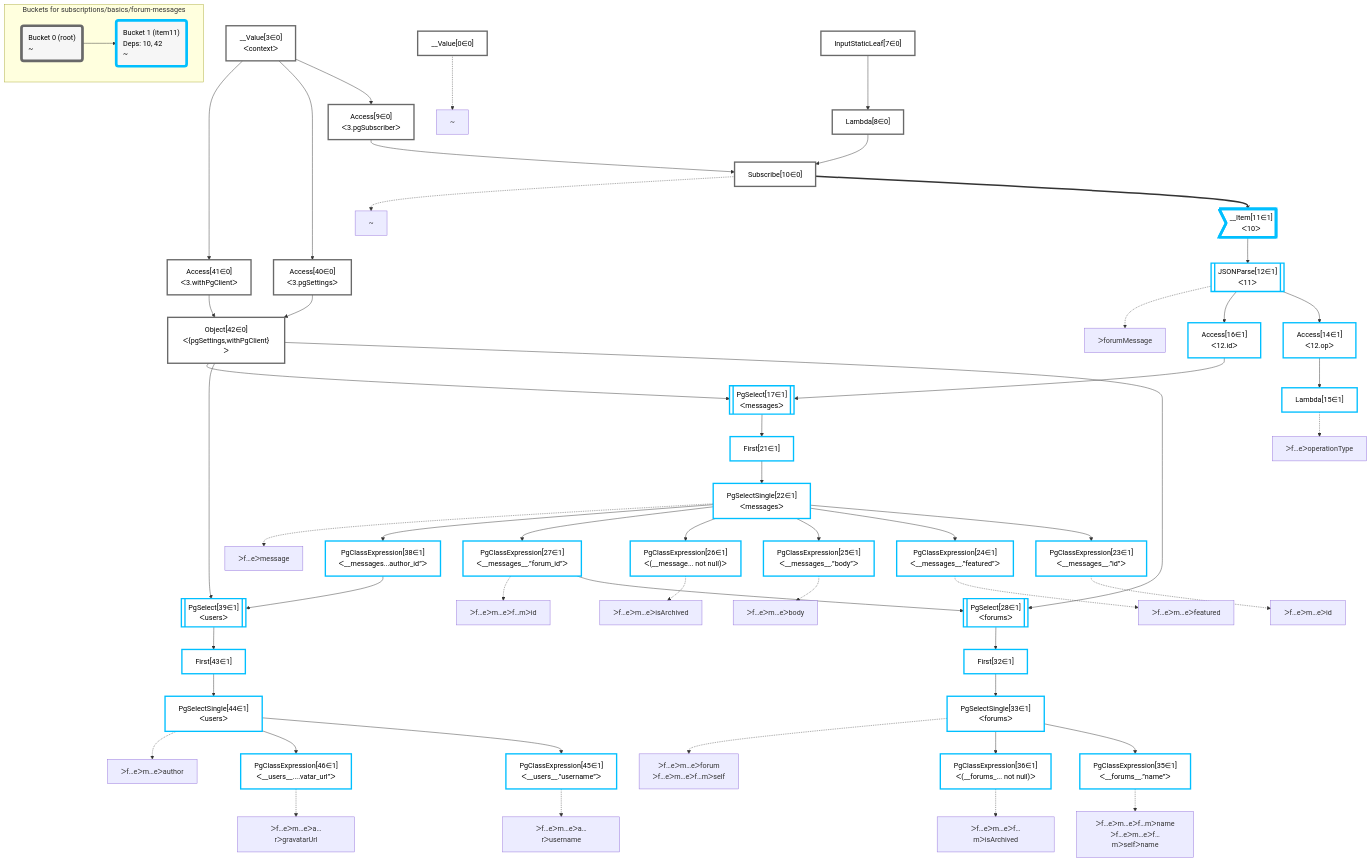
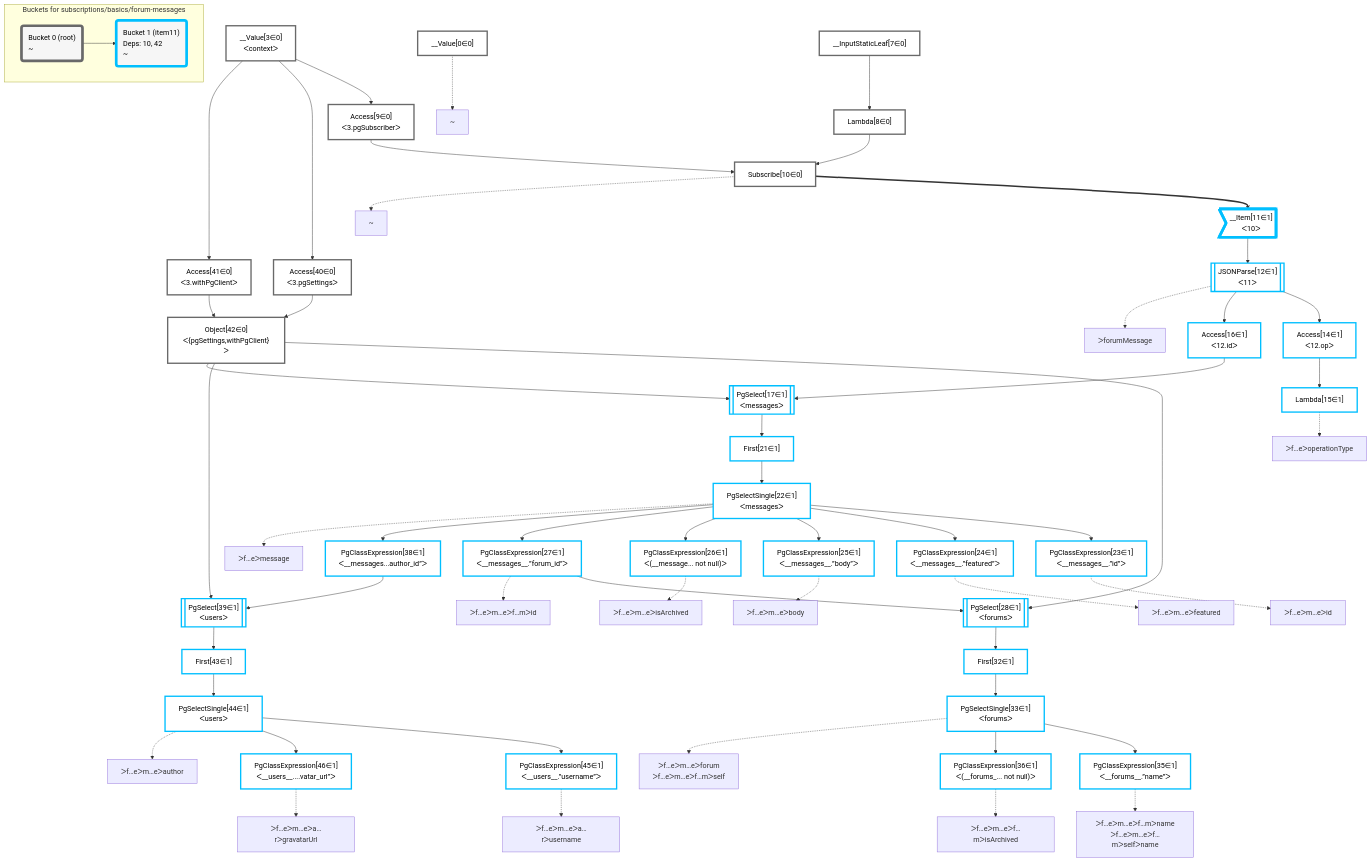
Before and after one commit to graphile/crystal: the diagram in packages/dataplan-pg/__tests__/subscriptions/basics/forum-messages.deopt.mermaid.md, drawn with Mermaid. The commit also changed 79 other files, not shown here.

```diff
--- a/packages/dataplan-pg/__tests__/subscriptions/basics/forum-messages.deopt.mermaid.md
+++ b/packages/dataplan-pg/__tests__/subscriptions/basics/forum-messages.deopt.mermaid.md
@@ -40,7 +40,7 @@
     Access41["Access[41∈0]<br />ᐸ3.withPgClientᐳ"]:::plan
     __Value3["__Value[3∈0]<br />ᐸcontextᐳ"]:::plan
     Lambda8["Lambda[8∈0]"]:::plan
-    InputStaticLeaf7["InputStaticLeaf[7∈0]"]:::plan
+    __InputStaticLeaf7["__InputStaticLeaf[7∈0]"]:::plan
 
     %% plan dependencies
     Access14 --> Lambda15
@@ -72,7 +72,7 @@
     Access40 & Access41 --> Object42
     __Value3 --> Access40
     __Value3 --> Access41
-    InputStaticLeaf7 --> Lambda8
+    __InputStaticLeaf7 --> Lambda8
 
     %% plan-to-path relationships
     P0["~"]
@@ -111,7 +111,7 @@
     subgraph "Buckets for subscriptions/basics/forum-messages"
     Bucket0("Bucket 0 (root)<br />~"):::bucket
     classDef bucket0 stroke:#696969
-    class Bucket0,__Value0,__Value3,InputStaticLeaf7,Lambda8,Access9,Subscribe10,Access40,Access41,Object42 bucket0
+    class Bucket0,__Value0,__Value3,__InputStaticLeaf7,Lambda8,Access9,Subscribe10,Access40,Access41,Object42 bucket0
     Bucket1("Bucket 1 (item11)<br />Deps: 10, 42<br />~"):::bucket
     classDef bucket1 stroke:#00bfff
     class Bucket1,__Item11,JSONParse12,Access14,Lambda15,Access16,PgSelect17,First21,PgSelectSingle22,PgClassExpression23,PgClassExpression24,PgClassExpression25,PgClassExpression26,PgClassExpression27,PgSelect28,First32,PgSelectSingle33,PgClassExpression35,PgClassExpression36,PgClassExpression38,PgSelect39,First43,PgSelectSingle44,PgClassExpression45,PgClassExpression46 bucket1
```
